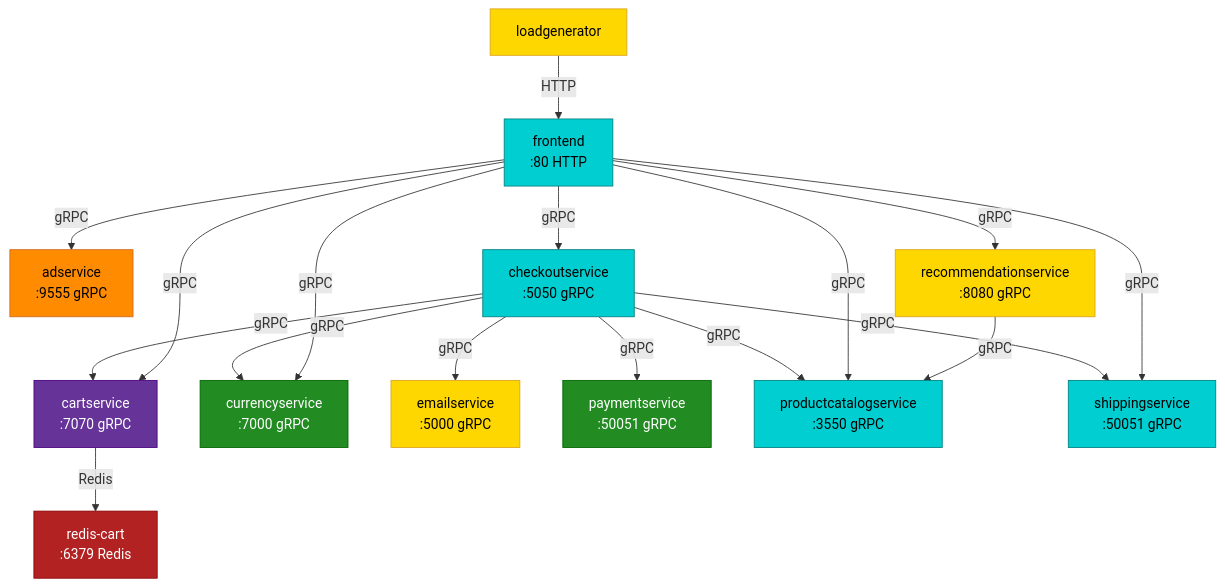
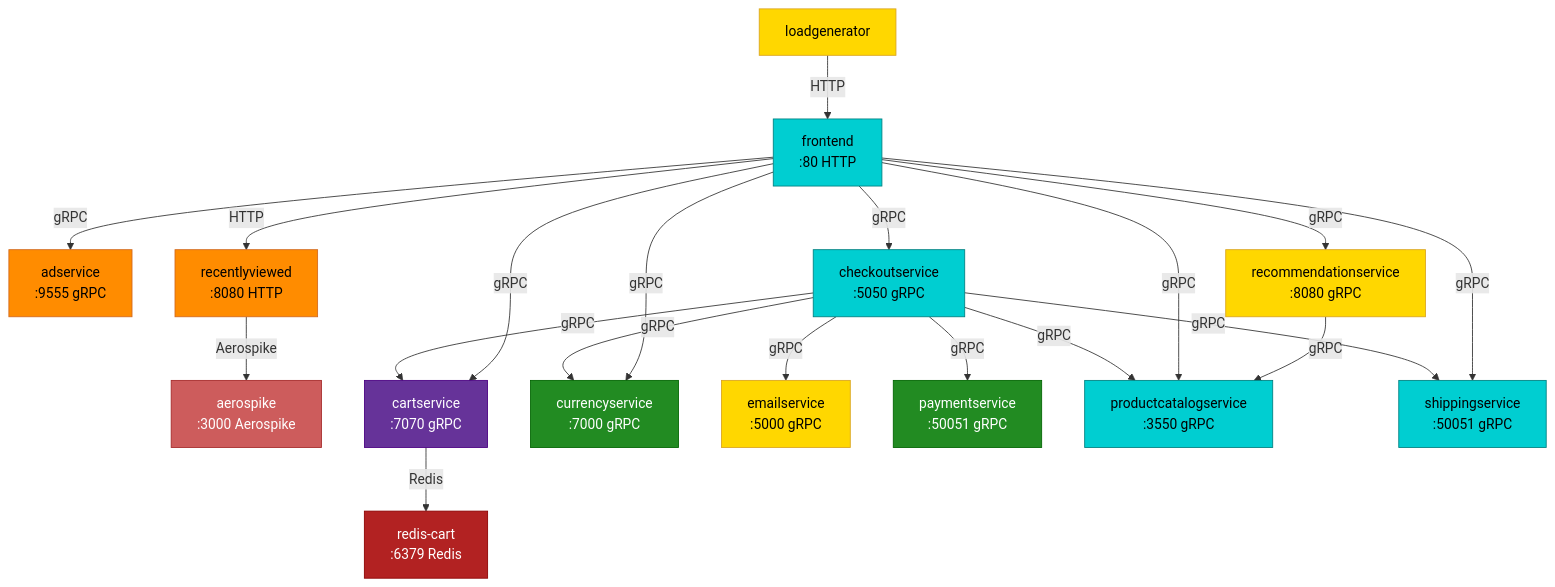
Before and after one commit to open-telemetry/opentelemetry-ebpf-instrumentation: the diagram in examples/store-demo/ARCHITECTURE.md, drawn with Mermaid. The commit also changed other lines of this file and 12 other files, not shown here.

Commit message:
store-demo: add an Aerospike-backed recentlyviewed service (#3228)

````diff
--- a/examples/store-demo/ARCHITECTURE.md
+++ b/examples/store-demo/ARCHITECTURE.md
@@ -19,46 +19,52 @@
 ```mermaid
 graph TD
     adservice["adservice<br/>:9555 gRPC"]
+    aerospike["aerospike<br/>:3000 Aerospike"]
     cartservice["cartservice<br/>:7070 gRPC"]
     checkoutservice["checkoutservice<br/>:5050 gRPC"]
     currencyservice["currencyservice<br/>:7000 gRPC"]
     emailservice["emailservice<br/>:5000 gRPC"]
     frontend["frontend<br/>:80 HTTP"]
     loadgenerator["loadgenerator"]
     paymentservice["paymentservice<br/>:50051 gRPC"]
     productcatalogservice["productcatalogservice<br/>:3550 gRPC"]
+    recentlyviewed["recentlyviewed<br/>:8080 HTTP"]
     recommendationservice["recommendationservice<br/>:8080 gRPC"]
     redis_cart["redis-cart<br/>:6379 Redis"]
     shippingservice["shippingservice<br/>:50051 gRPC"]
 
     cartservice -->|Redis| redis_cart
     checkoutservice -->|gRPC| cartservice
     checkoutservice -->|gRPC| currencyservice
     checkoutservice -->|gRPC| emailservice
     checkoutservice -->|gRPC| paymentservice
     checkoutservice -->|gRPC| productcatalogservice
     checkoutservice -->|gRPC| shippingservice
     frontend -->|gRPC| adservice
     frontend -->|gRPC| cartservice
     frontend -->|gRPC| checkoutservice
     frontend -->|gRPC| currencyservice
     frontend -->|gRPC| productcatalogservice
+    frontend -->|HTTP| recentlyviewed
     frontend -->|gRPC| recommendationservice
     frontend -->|gRPC| shippingservice
     loadgenerator -->|HTTP| frontend
+    recentlyviewed -->|Aerospike| aerospike
     recommendationservice -->|gRPC| productcatalogservice
 
     classDef go fill:darkturquoise,stroke:teal,color:black;
     classDef python fill:gold,stroke:goldenrod,color:black;
     classDef nodejs fill:forestgreen,stroke:darkgreen,color:white;
     classDef dotnet fill:rebeccapurple,stroke:indigo,color:white;
     classDef java fill:darkorange,stroke:chocolate,color:black;
     classDef datastore fill:firebrick,stroke:darkred,color:white;
+    classDef datastore_aerospike fill:indianred,stroke:brown,color:white;
 
     class checkoutservice,frontend,productcatalogservice,shippingservice go;
     class emailservice,loadgenerator,recommendationservice python;
     class currencyservice,paymentservice nodejs;
     class cartservice dotnet;
-    class adservice java;
+    class adservice,recentlyviewed java;
     class redis_cart datastore;
+    class aerospike datastore_aerospike;
 ```
````
